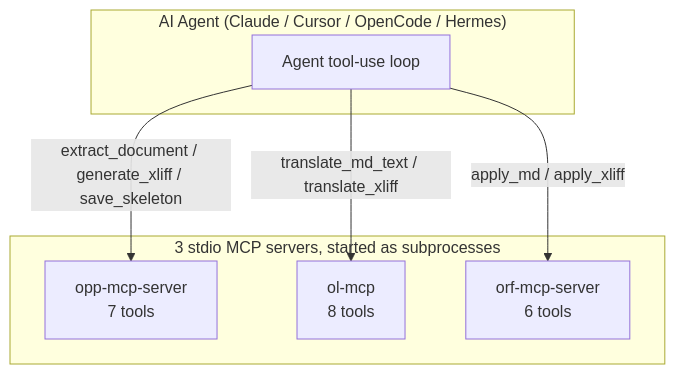
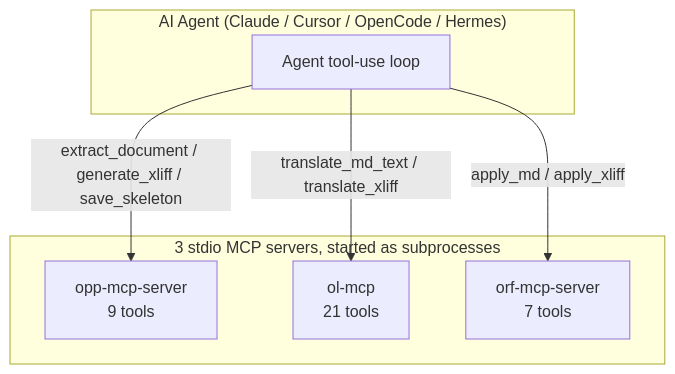
Before and after one commit to 1StepMore/e2e-test-suite: the second of 2 diagrams in docs/ARCHITECTURE.md, drawn with Mermaid. The commit also changed other lines of this file and 6 other files, not shown here.

First line of the commit message:
docs(fix): align MCP tool counts to source truth (OPP 9 / OL 21 / ORF 7 = 37)

````diff
--- a/docs/ARCHITECTURE.md
+++ b/docs/ARCHITECTURE.md
@@ -249,16 +249,16 @@
 ```mermaid
 flowchart TB
     subgraph Agent["AI Agent (Claude / Cursor / OpenCode / Hermes)"]
         AE[Agent tool-use loop]
     end
 
     subgraph Servers["3 stdio MCP servers, started as subprocesses"]
-        OPP_S["opp-mcp-server<br/>7 tools"]
-        OL_S["ol-mcp<br/>8 tools"]
-        ORF_S["orf-mcp-server<br/>6 tools"]
+        OPP_S["opp-mcp-server<br/>9 tools"]
+        OL_S["ol-mcp<br/>21 tools"]
+        ORF_S["orf-mcp-server<br/>7 tools"]
     end
 
     AE -- "extract_document / generate_xliff / save_skeleton" --> OPP_S
     AE -- "translate_md_text / translate_xliff" --> OL_S
     AE -- "apply_md / apply_xliff" --> ORF_S
 ```
````
